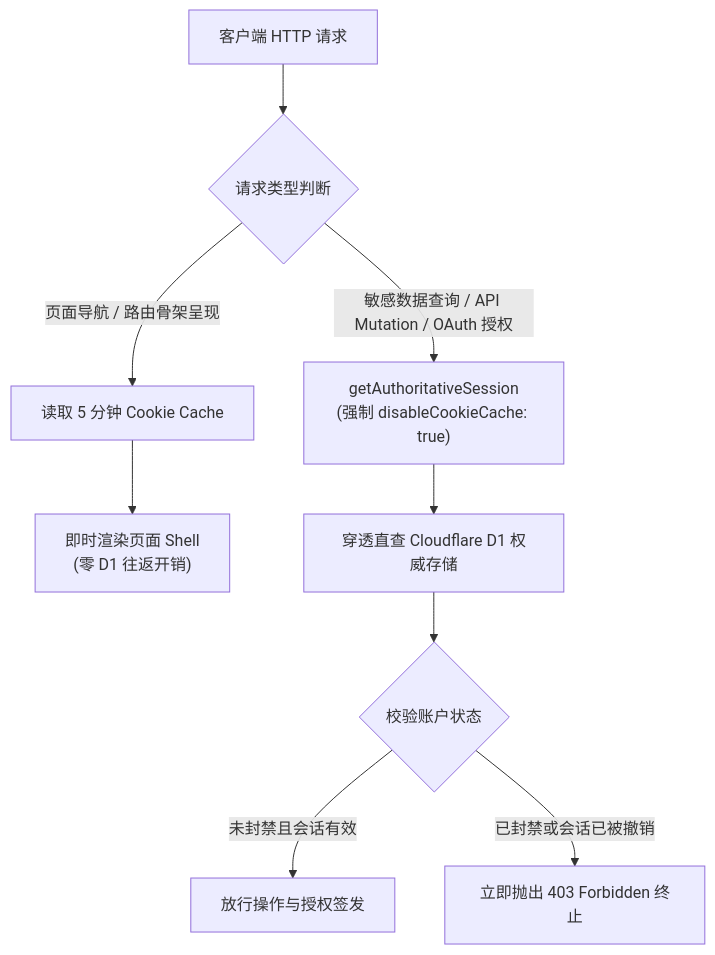
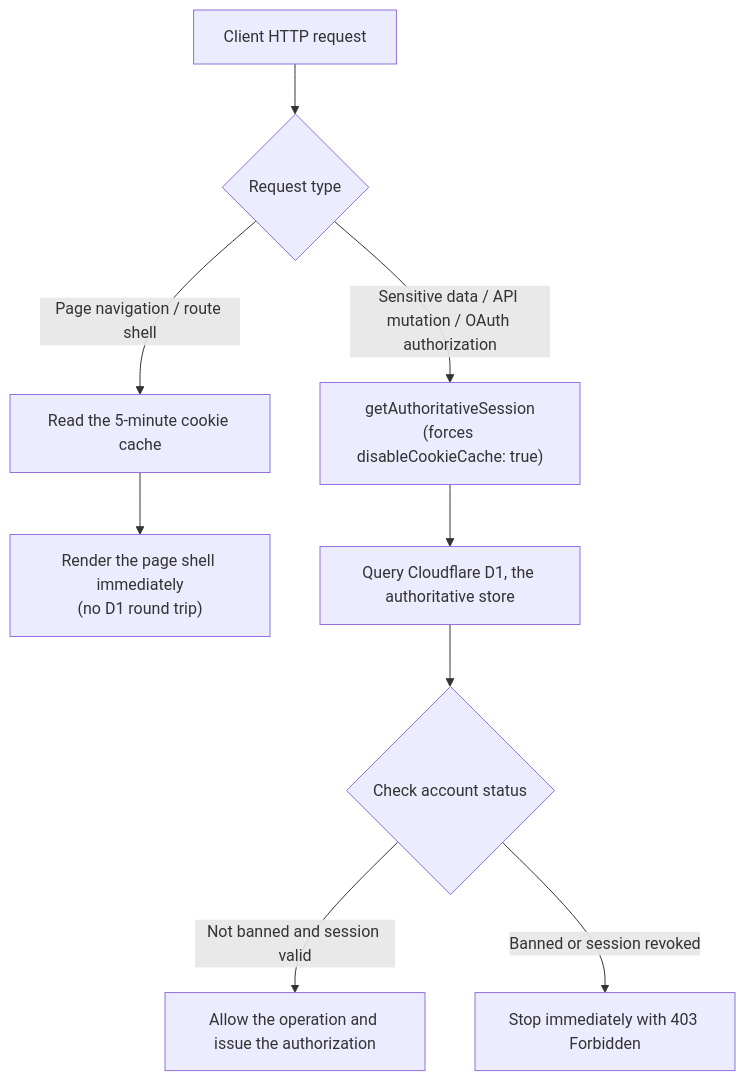
One commit to Jazee6/astro-blur changed the second of 3 diagrams in src/content/posts/easy-auth.md. Above: the diagram before and after it, drawn with Mermaid. The commit also changed other lines of this file and 1 other file, not shown here.

Commit message:
docs(posts): translate the Easy Auth post and rewrite the Web Chat post in English

````diff
--- a/src/content/posts/easy-auth.md
+++ b/src/content/posts/easy-auth.md
@@ -203,13 +202,13 @@
 ```mermaid
 flowchart TD
-    Req["客户端 HTTP 请求"] --> CheckType{"请求类型判断"}
+    Req["Client HTTP request"] --> CheckType{"Request type"}
 
-    CheckType -->|页面导航 / 路由骨架呈现| CachedPath["读取 5 分钟 Cookie Cache"]
-    CachedPath --> Render["即时渲染页面 Shell<br/>(零 D1 往返开销)"]
+    CheckType -->|Page navigation / route shell| CachedPath["Read the 5-minute cookie cache"]
+    CachedPath --> Render["Render the page shell immediately<br/>(no D1 round trip)"]
 
-    CheckType -->|敏感数据查询 / API Mutation / OAuth 授权| AuthPath["getAuthoritativeSession<br/>(强制 disableCookieCache: true)"]
-    AuthPath --> QueryD1["穿透直查 Cloudflare D1 权威存储"]
-    QueryD1 --> CheckBan{"校验账户状态"}
-    CheckBan -->|未封禁且会话有效| Allow["放行操作与授权签发"]
-    CheckBan -->|已封禁或会话已被撤销| Reject["立即抛出 403 Forbidden 终止"]
+    CheckType -->|Sensitive data / API mutation / OAuth authorization| AuthPath["getAuthoritativeSession<br/>(forces disableCookieCache: true)"]
+    AuthPath --> QueryD1["Query Cloudflare D1, the authoritative store"]
+    QueryD1 --> CheckBan{"Check account status"}
+    CheckBan -->|Not banned and session valid| Allow["Allow the operation and issue the authorization"]
+    CheckBan -->|Banned or session revoked| Reject["Stop immediately with 403 Forbidden"]
 ```
````
